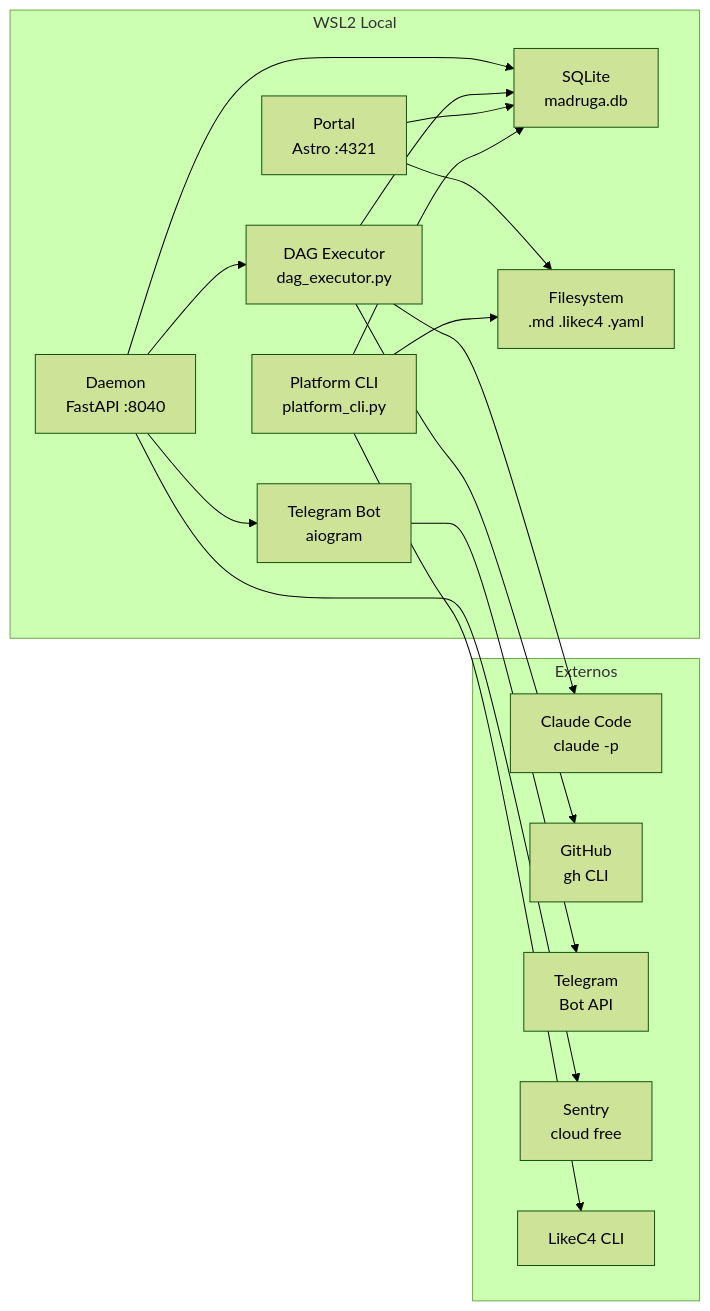
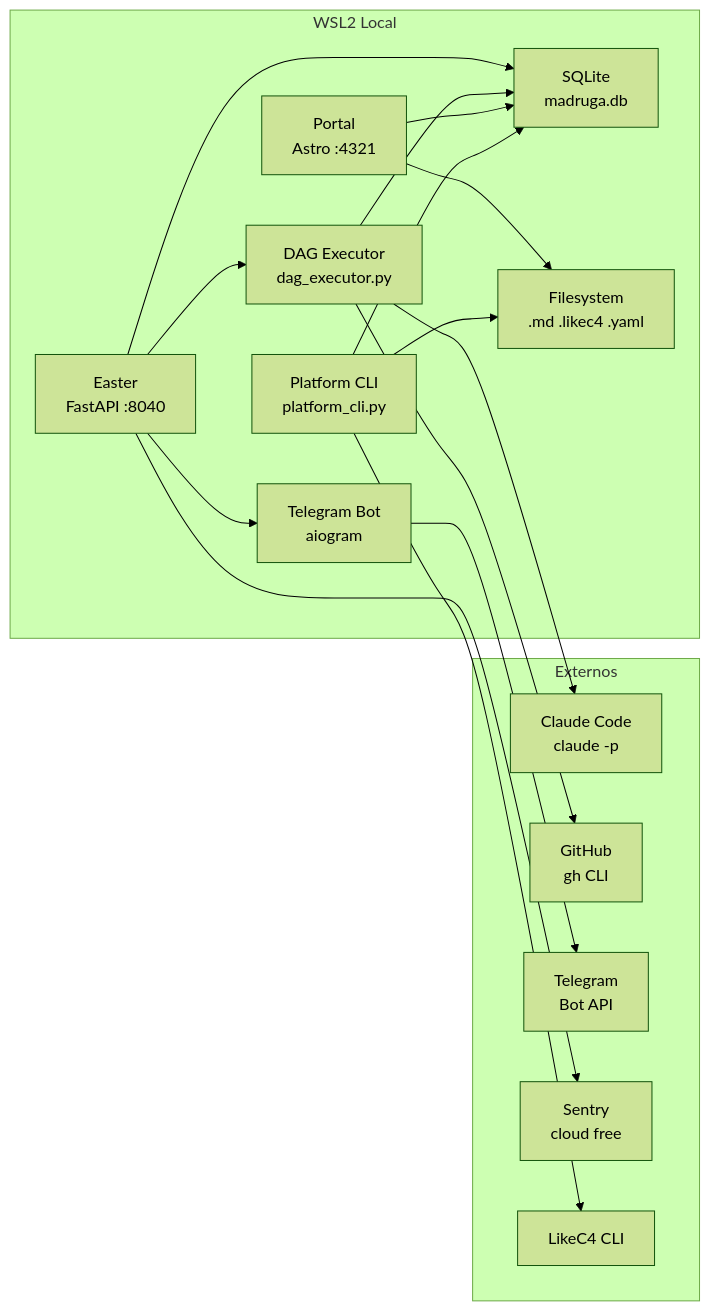
The diagram in platforms/madruga-ai/engineering/blueprint.md (paceautomations/madruga.ai), drawn with Mermaid (forest theme) before and after one commit. The commit also changed other lines of this file and 122 other files, not shown here.

First line of the commit message:
feat: epic 021 — pipeline intelligence artifacts, daemon→easter rename, audit PNG cleanup

````diff
--- a/platforms/madruga-ai/engineering/blueprint.md
+++ b/platforms/madruga-ai/engineering/blueprint.md
@@ -102,34 +102,34 @@
 ```mermaid
 graph LR
     subgraph local["WSL2 Local"]
         portal["Portal\nAstro :4321"]
         cli["Platform CLI\nplatform_cli.py"]
-        daemon["Daemon\nFastAPI :8040"]
+        easter["Easter\nFastAPI :8040"]
         dag["DAG Executor\ndag_executor.py"]
         telegram_bot["Telegram Bot\naiogram"]
         sqlite["SQLite\nmadruga.db"]
         fs["Filesystem\n.md .likec4 .yaml"]
     end
 
     subgraph external["Externos"]
         claude["Claude Code\nclaude -p"]
         github["GitHub\ngh CLI"]
         telegram_api["Telegram\nBot API"]
         sentry["Sentry\ncloud free"]
         likec4["LikeC4 CLI"]
     end
 
-    daemon --> dag
+    easter --> dag
     dag --> claude
-    daemon --> telegram_bot
+    easter --> telegram_bot
     telegram_bot --> telegram_api
-    daemon --> sqlite
+    easter --> sqlite
     dag --> sqlite
     portal --> fs
     portal --> sqlite
     cli --> fs
     cli --> sqlite
-    daemon --> sentry
+    easter --> sentry
     dag --> github
     cli --> likec4
 ```
````
